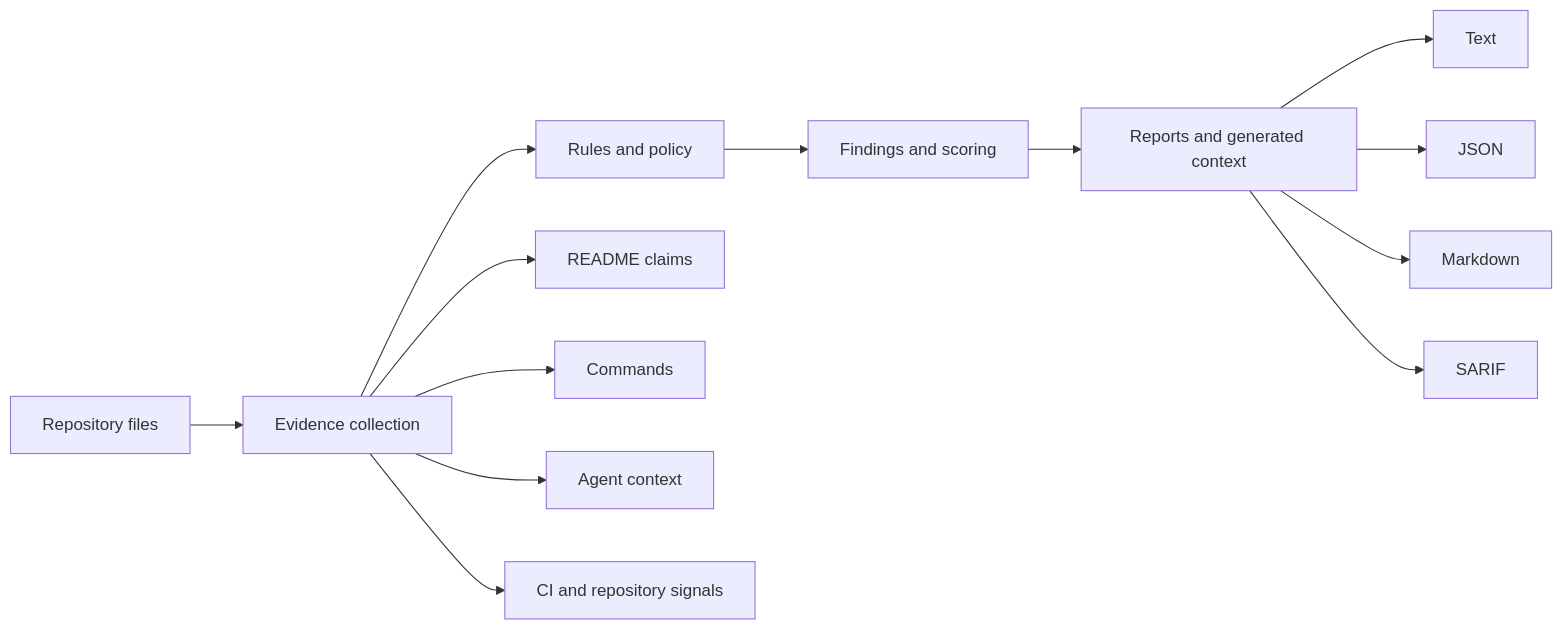
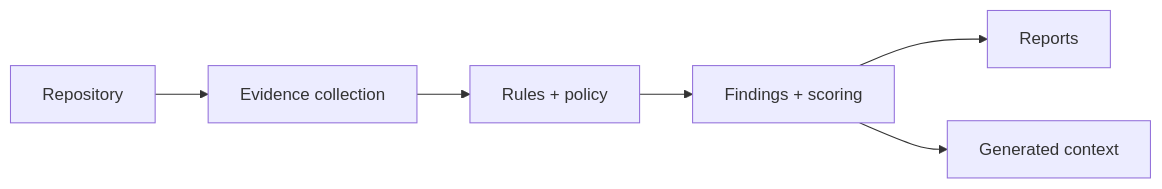
The diagram in README.md (tarekmasryo/Evagix), drawn with Mermaid before and after one commit. The commit also changed other lines of this file and 7 other files, not shown here.

````diff
--- a/README.md
+++ b/README.md
@@ -223,17 +190,8 @@
 ```mermaid
 flowchart LR
-    A[Repository files] --> B[Evidence collection]
-    B --> C[Rules and policy]
-    C --> D[Findings and scoring]
-    D --> E[Reports and generated context]
-
-    B --> B1[README claims]
-    B --> B2[Commands]
-    B --> B3[Agent context]
-    B --> B4[CI and repository signals]
-
-    E --> E1[Text]
-    E --> E2[JSON]
-    E --> E3[Markdown]
-    E --> E4[SARIF]
+    A[Repository] --> B[Evidence collection]
+    B --> C[Rules + policy]
+    C --> D[Findings + scoring]
+    D --> E[Reports]
+    D --> F[Generated context]
 ```
````
